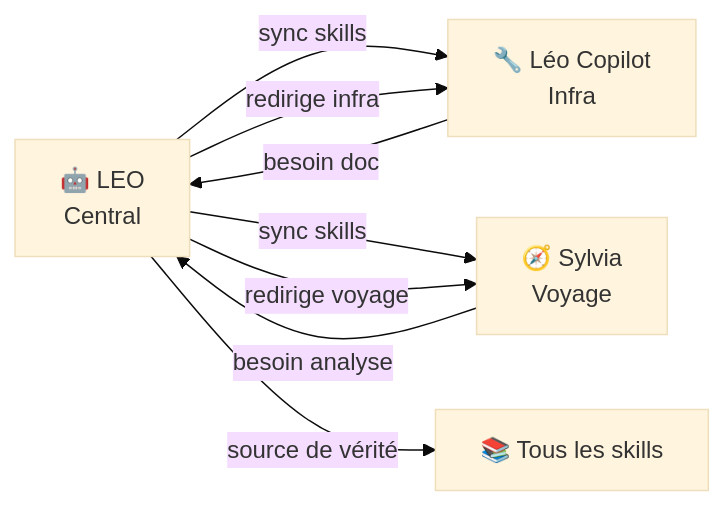
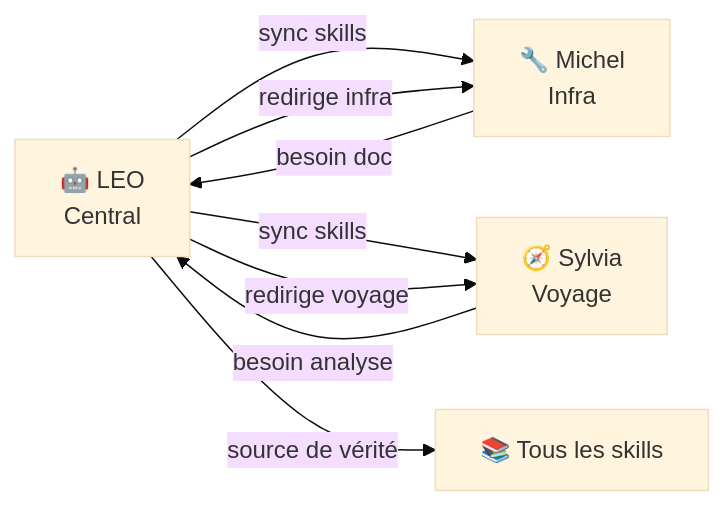
Before and after one commit to christophedanhier-hash/BAVI_LEO: the seventh of 7 diagrams in docs/wiki/agent-pro/bureau-leo/archive/analyse-bot-leo-hub.md, drawn with Mermaid (base theme). The commit also changed other lines of this file and 18 other files, not shown here.

Commit message:
v1d: Nettoyage complet - remplacement Léo Copilot/Copilote → Michel dans tous les docs

````diff
--- a/docs/wiki/agent-pro/bureau-leo/archive/analyse-bot-leo-hub.md
+++ b/docs/wiki/agent-pro/bureau-leo/archive/analyse-bot-leo-hub.md
@@ -353,11 +353,11 @@
 ```mermaid
 flowchart LR
-    L[🤖 LEO<br/>Central] -->|sync skills| LC[🔧 Léo Copilot<br/>Infra]
+    L[🤖 LEO<br/>Central] -->|sync skills| LC[🔧 Michel<br/>Infra]
     L -->|sync skills| BV[🧭 Sylvia<br/>Voyage]
     L -->|redirige voyage| BV
     L -->|redirige infra| LC
     L -->|source de vérité| ALL[📚 Tous les skills]
     
     LC -->|besoin doc| L
     BV -->|besoin analyse| L
 ```
````
